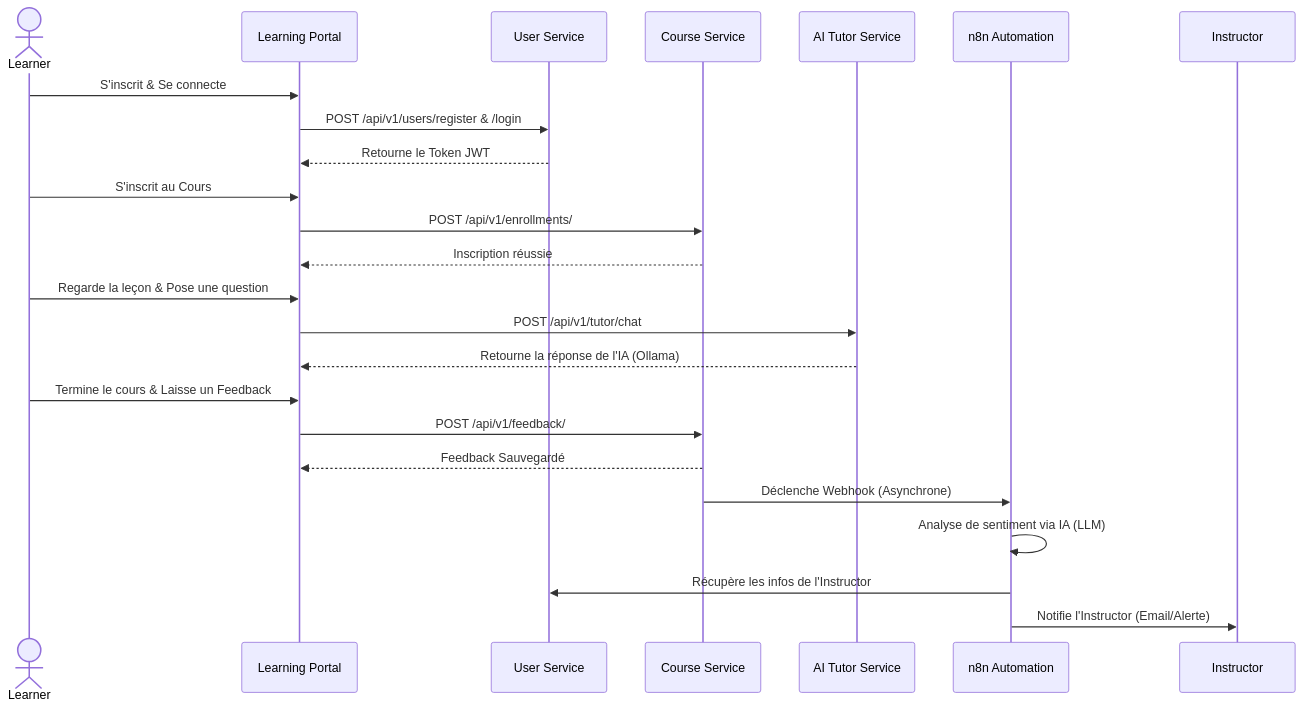
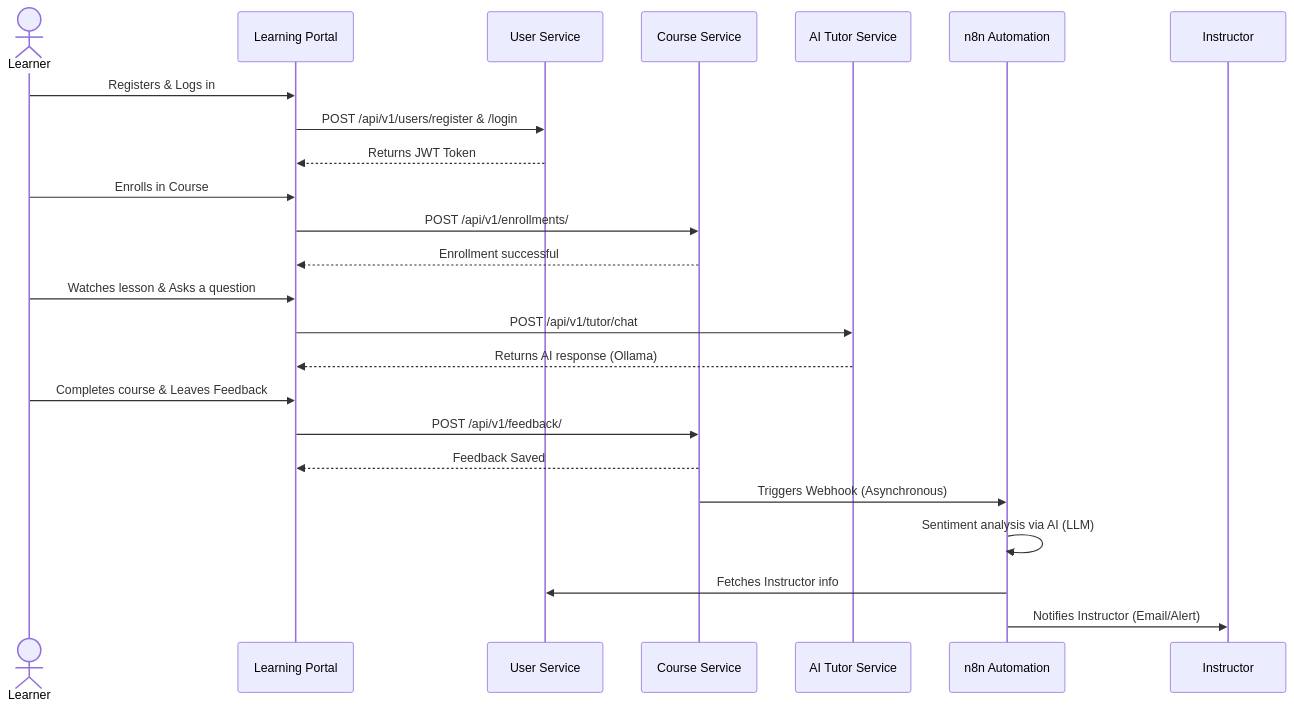
Before and after one commit to Sen-Se1/elearning-microservice-platform: the ninth of 10 diagrams in architecture.md, drawn with Mermaid. The commit also changed other lines of this file, not shown here.

Commit message:
docs: localize architecture terminology to English and refine Use Case diagrams

````diff
--- a/architecture.md
+++ b/architecture.md
@@ -465,30 +465,30 @@
 ```mermaid
 sequenceDiagram
     actor Learner
     participant Portal as Learning Portal
     participant UserSvc as User Service
     participant CourseSvc as Course Service
     participant AISvc as AI Tutor Service
     participant n8n as n8n Automation
     
-    Learner->>Portal: S'inscrit & Se connecte
+    Learner->>Portal: Registers & Logs in
     Portal->>UserSvc: POST /api/v1/users/register & /login
-    UserSvc-->>Portal: Retourne le Token JWT
+    UserSvc-->>Portal: Returns JWT Token
     
-    Learner->>Portal: S'inscrit au Cours
+    Learner->>Portal: Enrolls in Course
     Portal->>CourseSvc: POST /api/v1/enrollments/
-    CourseSvc-->>Portal: Inscription réussie
+    CourseSvc-->>Portal: Enrollment successful
     
-    Learner->>Portal: Regarde la leçon & Pose une question
+    Learner->>Portal: Watches lesson & Asks a question
     Portal->>AISvc: POST /api/v1/tutor/chat
-    AISvc-->>Portal: Retourne la réponse de l'IA (Ollama)
+    AISvc-->>Portal: Returns AI response (Ollama)
     
-    Learner->>Portal: Termine le cours & Laisse un Feedback
+    Learner->>Portal: Completes course & Leaves Feedback
     Portal->>CourseSvc: POST /api/v1/feedback/
-    CourseSvc-->>Portal: Feedback Sauvegardé
-    CourseSvc->>n8n: Déclenche Webhook (Asynchrone)
+    CourseSvc-->>Portal: Feedback Saved
+    CourseSvc->>n8n: Triggers Webhook (Asynchronous)
     
-    n8n->>n8n: Analyse de sentiment via IA (LLM)
-    n8n->>UserSvc: Récupère les infos de l'Instructor
-    n8n->>Instructor: Notifie l'Instructor (Email/Alerte)
+    n8n->>n8n: Sentiment analysis via AI (LLM)
+    n8n->>UserSvc: Fetches Instructor info
+    n8n->>Instructor: Notifies Instructor (Email/Alert)
 ```
````
